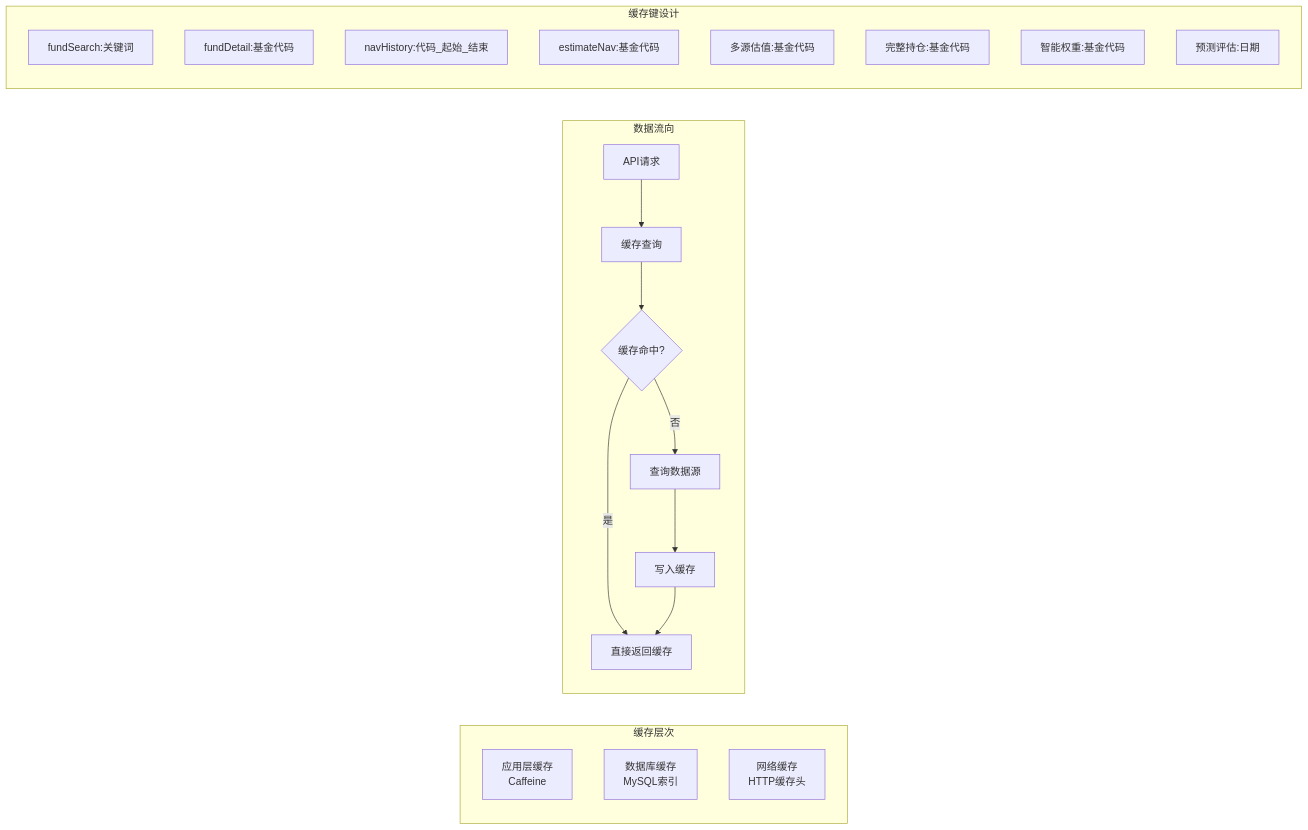
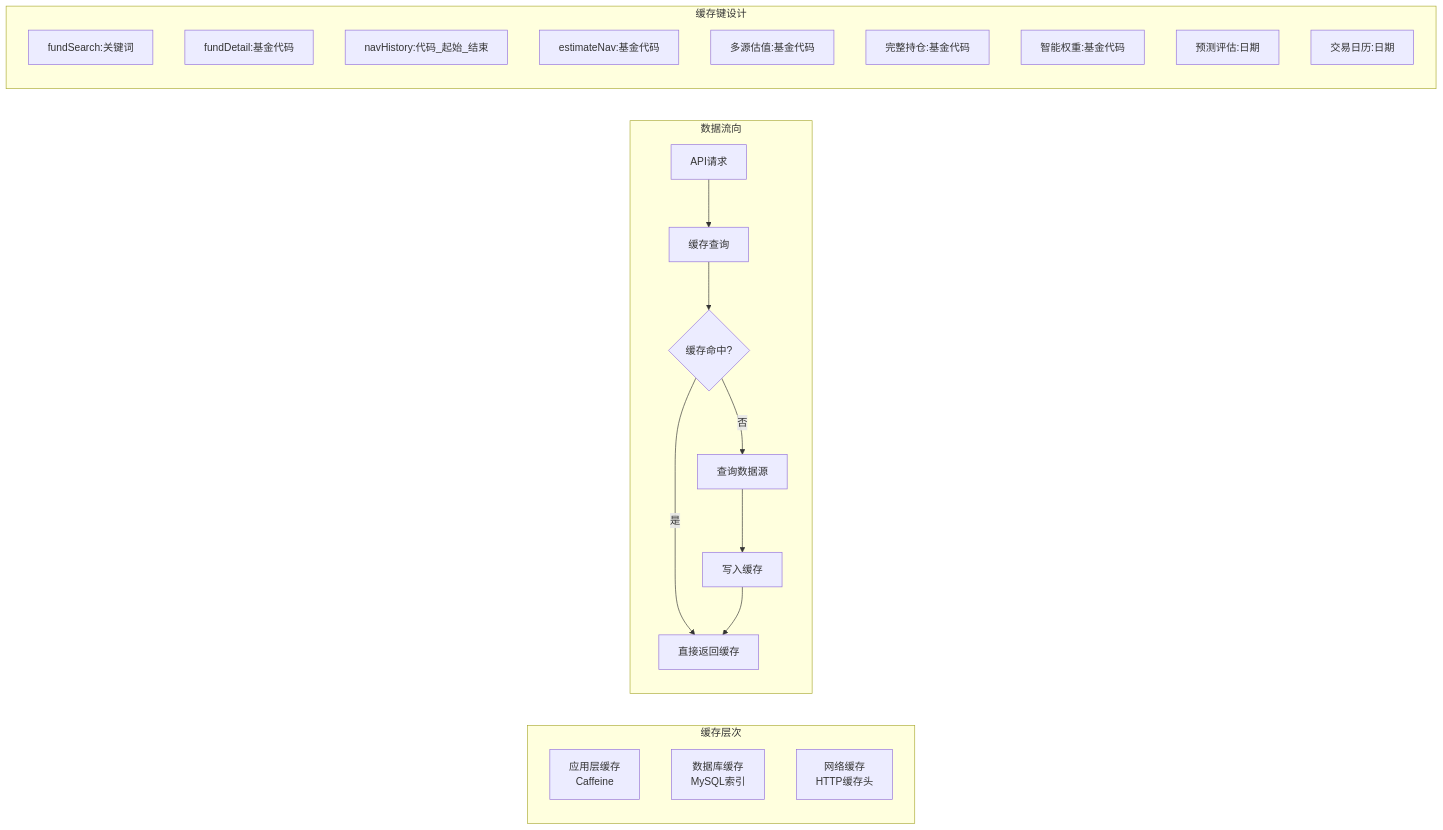
One commit to gree-coder/fund-butler changed diagram 12 of 23 in .qoder/repowiki/zh/content/核心功能开发/多源基金估值系统.md. Above: the diagram before and after it, drawn with Mermaid. The commit also changed other lines of this file and 5 other files, not shown here.

````diff
--- a/.qoder/repowiki/zh/content/核心功能开发/多源基金估值系统.md
+++ b/.qoder/repowiki/zh/content/核心功能开发/多源基金估值系统.md
@@ -541,26 +594,27 @@
 ```mermaid
 graph LR
 subgraph "缓存层次"
 A[应用层缓存<br/>Caffeine]
 B[数据库缓存<br/>MySQL索引]
 C[网络缓存<br/>HTTP缓存头]
 end
 subgraph "数据流向"
 D[API请求] --> E[缓存查询]
 E --> F{缓存命中?}
 F --> |是| G[直接返回缓存]
 F --> |否| H[查询数据源]
 H --> I[写入缓存]
 I --> G
 end
 subgraph "缓存键设计"
 J[fundSearch:关键词]
 K[fundDetail:基金代码]
 L[navHistory:代码_起始_结束]
 M[estimateNav:基金代码]
 N[多源估值:基金代码]
 O[完整持仓:基金代码]
 P[智能权重:基金代码]
 Q[预测评估:日期]
+R[交易日历:日期]
 end
 ```
````
